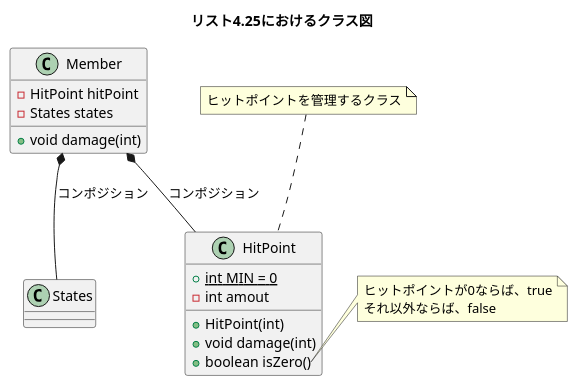
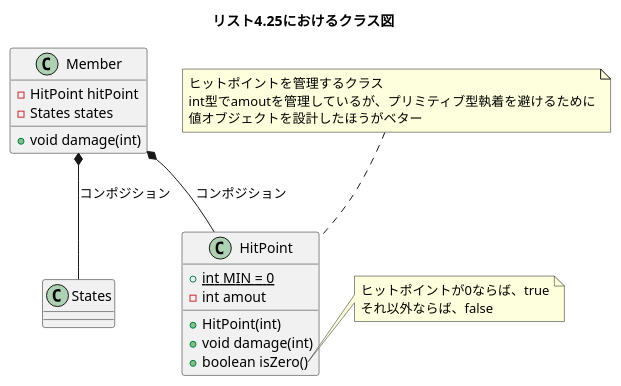
The diagram in src/java/section4/classDiagram/list4-25.pu (2xtVVrscpp/good_code), drawn with PlantUML before and after one commit.

Commit message:
test commit to switch-test

```diff
--- a/src/java/section4/classDiagram/list4-25.pu
+++ b/src/java/section4/classDiagram/list4-25.pu
@@ -1,32 +1,34 @@
 @startuml class
 title リスト4.25におけるクラス図
 
 class Member {
 	-HitPoint hitPoint
 	-States states
 	+void damage(int)
 }
 
 class HitPoint {
 	{static} +int MIN = 0
 	-int amout
 	+HitPoint(int)
 	+void damage(int)
 	+boolean isZero()
 }
 note top of HitPoint
 	ヒットポイントを管理するクラス
+	int型でamoutを管理しているが、プリミティブ型執着を避けるために
+	値オブジェクトを設計したほうがベター
 end note
 note right of HitPoint::isZero()
 	ヒットポイントが0ならば、true
 	それ以外ならば、false
 end note
 
 class States {
 
 }
 
 Member *-- HitPoint : コンポジション
 Member *-- States : コンポジション
 
 @enduml
```
